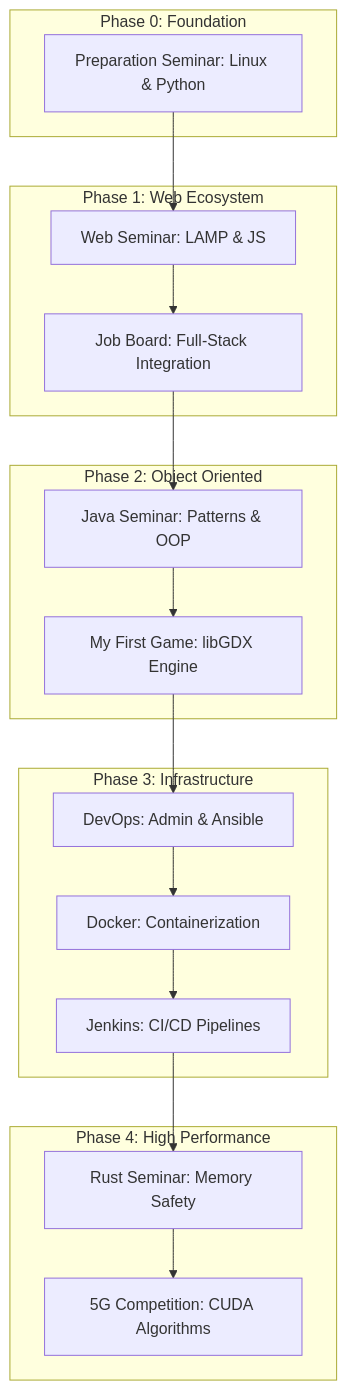
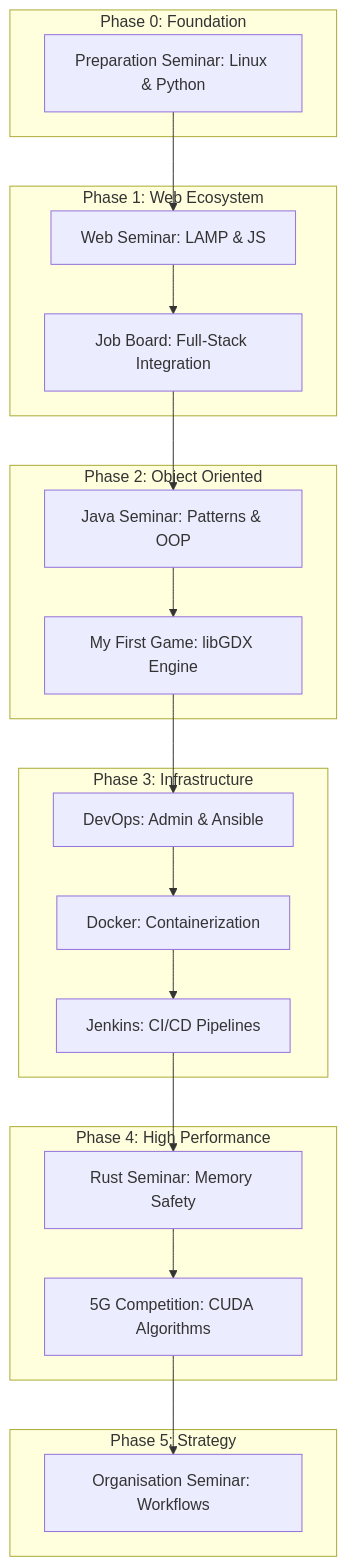
Before and after one commit to RomeoCavazza/piscine-epitech: the diagram in README.md, drawn with Mermaid. The commit also changed other lines of this file and 172 other files, not shown here.

Commit message:
docs: finalize seminar-organisation and seminar-rust documentation + update root README stats

````diff
--- a/README.md
+++ b/README.md
@@ -123,25 +130,28 @@
 ```mermaid
 graph TD
     subgraph Prepare[Phase 0: Foundation]
         S1[Preparation Seminar: Linux & Python]
     end
     subgraph Web[Phase 1: Web Ecosystem]
         S2[Web Seminar: LAMP & JS]
         S3[Job Board: Full-Stack Integration]
     end
     subgraph Java[Phase 2: Object Oriented]
         S4[Java Seminar: Patterns & OOP]
         S5[My First Game: libGDX Engine]
     end
     subgraph Ops[Phase 3: Infrastructure]
         S6[DevOps: Admin & Ansible]
         S7[Docker: Containerization]
         S8[Jenkins: CI/CD Pipelines]
     end
     subgraph System[Phase 4: High Performance]
         S9[Rust Seminar: Memory Safety]
         S10[5G Competition: CUDA Algorithms]
     end
+    subgraph Management[Phase 5: Strategy]
+        S11[Organisation Seminar: Workflows]
+    end
     
-    S1 --> S2 --> S3 --> S4 --> S5 --> S6 --> S7 --> S8 --> S9 --> S10
+    S1 --> S2 --> S3 --> S4 --> S5 --> S6 --> S7 --> S8 --> S9 --> S10 --> S11
 ```
````
